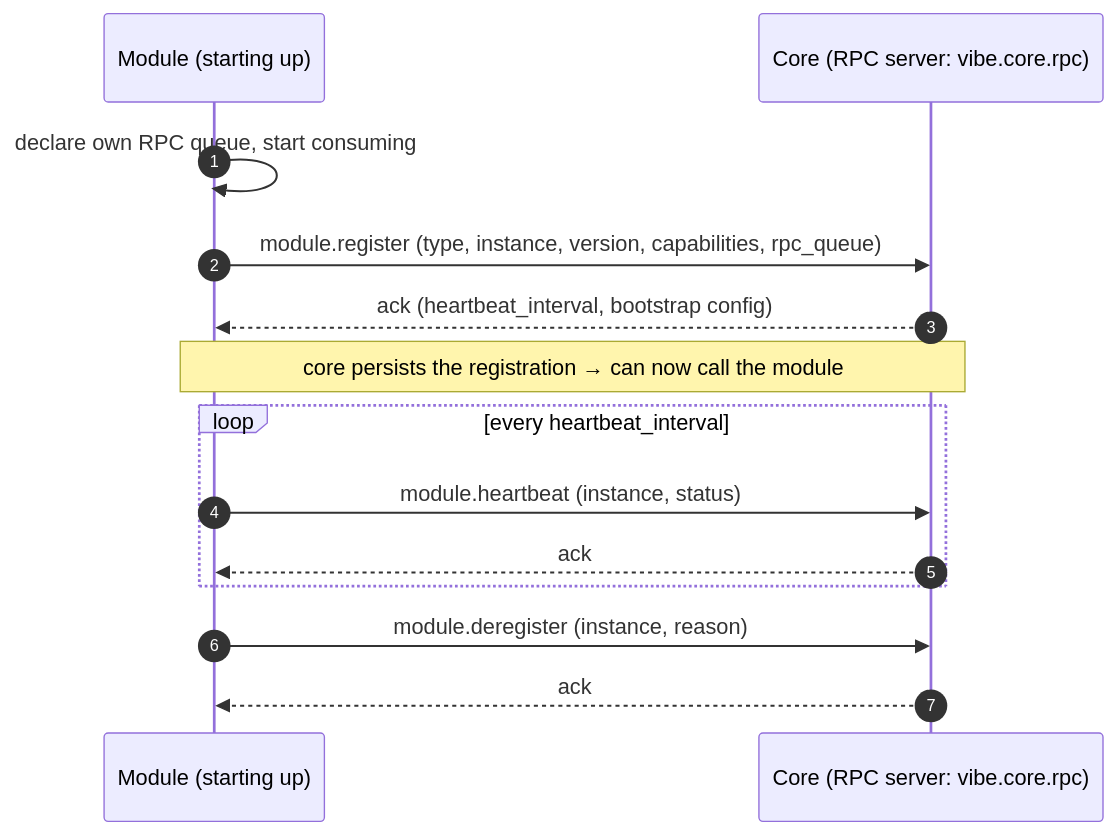
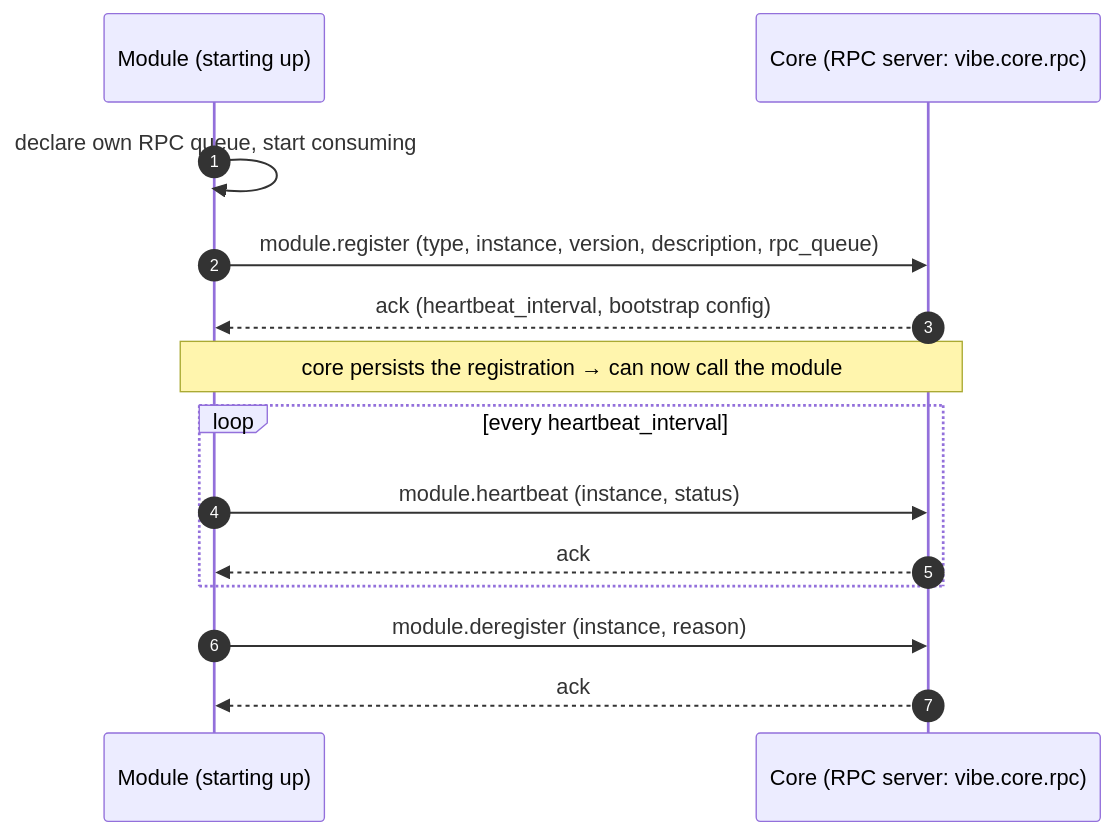
Before and after one commit to vibe-c2/vibe-c2-docs: the first of 2 diagrams in src/content/docs/contracts/module-lifecycle.md, drawn with Mermaid. The commit also changed other lines of this file, not shown here.

First line of the commit message:
docs(module-lifecycle): drop supported/expected contracts, sync register schema

````diff
--- a/src/content/docs/contracts/module-lifecycle.md
+++ b/src/content/docs/contracts/module-lifecycle.md
@@ -22,16 +22,16 @@
 ```mermaid
 sequenceDiagram
     autonumber
     participant M as Module (starting up)
     participant CORE as Core (RPC server: vibe.core.rpc)
     M->>M: declare own RPC queue, start consuming
-    M->>CORE: module.register (type, instance, version, capabilities, rpc_queue)
+    M->>CORE: module.register (type, instance, version, description, rpc_queue)
     CORE-->>M: ack (heartbeat_interval, bootstrap config)
     Note over CORE,M: core persists the registration → can now call the module
     loop every heartbeat_interval
         M->>CORE: module.heartbeat (instance, status)
         CORE-->>M: ack
     end
     M->>CORE: module.deregister (instance, reason)
     CORE-->>M: ack
 ```
````
